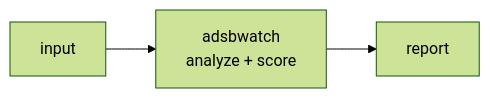
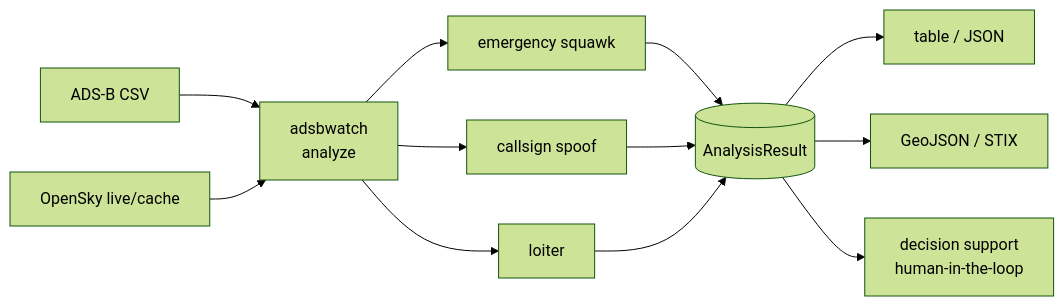
One commit to cognis-digital/adsbwatch changed the diagram in README.md. Above: the diagram before and after it, drawn with Mermaid (forest theme). The commit also changed other lines of this file and 10 other files, not shown here.

First line of the commit message:
Add 5 audience-targeted runnable demos + DEMOS/ARCHITECTURE docs

````diff
--- a/README.md
+++ b/README.md
@@ -235,5 +235,14 @@
 ```mermaid
 flowchart LR
-  IN[input] --> P[adsbwatch<br/>analyze + score]
-  P --> OUT[report]
+  csv[ADS-B CSV] --> P[adsbwatch<br/>analyze]
+  osk[OpenSky live/cache] --> P
+  P --> emerg[emergency squawk]
+  P --> spoof[callsign spoof]
+  P --> loiter[loiter]
+  emerg --> R[(AnalysisResult)]
+  spoof --> R
+  loiter --> R
+  R --> OUT[table / JSON]
+  R --> intel[GeoJSON / STIX]
+  R --> decide[decision support<br/>human-in-the-loop]
 ```
````
